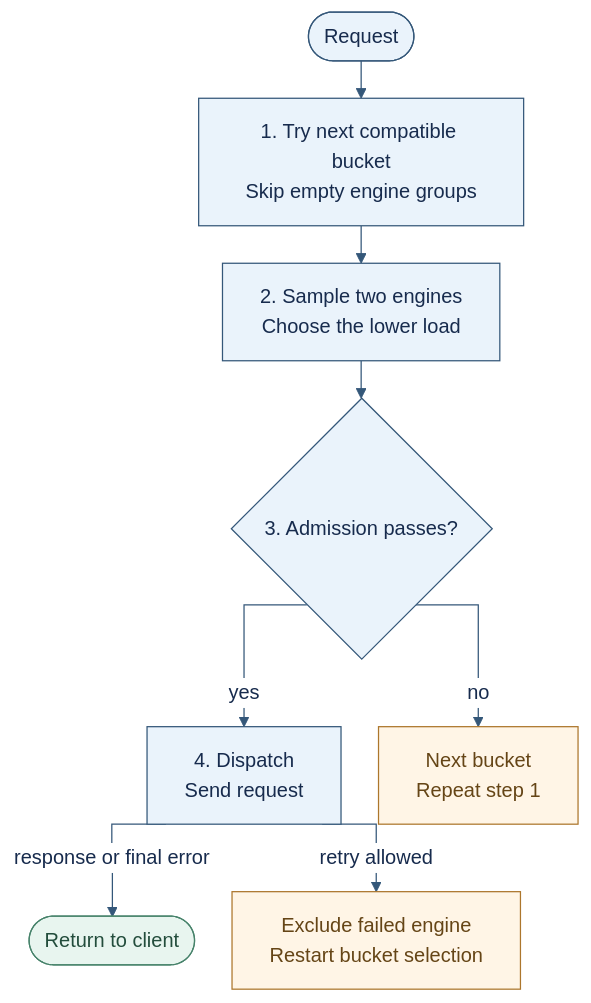
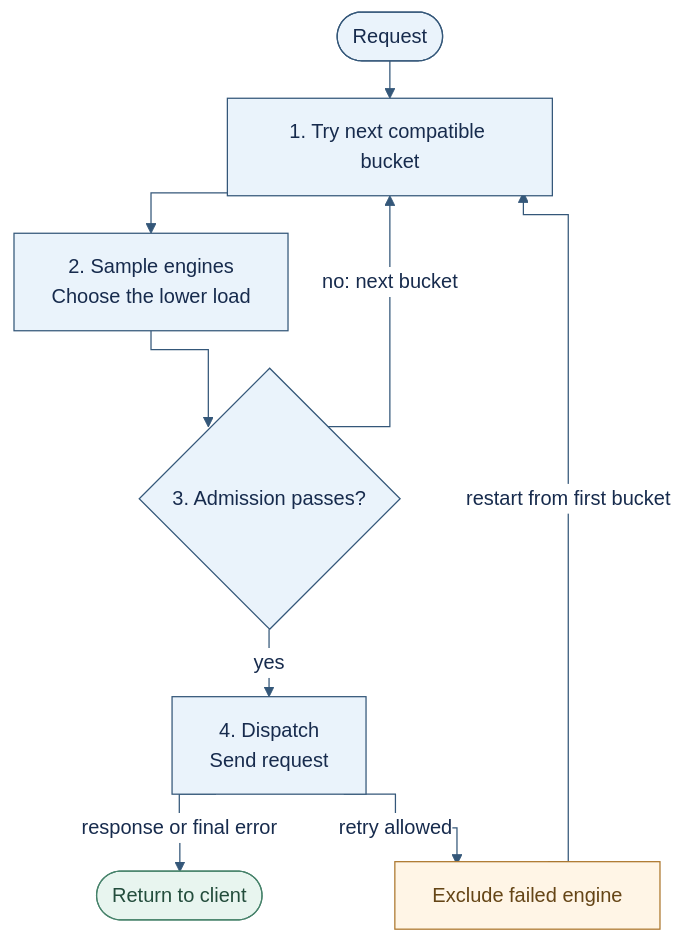
One commit to sgl-project/sglang changed the first of 3 diagrams in experimental/sgl-router/ARCHITECTURE.md. Above: the diagram before and after it, drawn with Mermaid. The commit also changed other lines of this file, not shown here.

````diff
--- a/experimental/sgl-router/ARCHITECTURE.md
+++ b/experimental/sgl-router/ARCHITECTURE.md
@@ -59,15 +49,16 @@
 ```mermaid
 %%{init: {"theme": "base", "themeVariables": {"primaryColor": "#eaf3fb", "primaryTextColor": "#172b4d", "primaryBorderColor": "#345779", "lineColor": "#345779", "edgeLabelBackground": "#ffffff"}, "flowchart": {"curve": "stepAfter", "rankSpacing": 30, "nodeSpacing": 30}}}%%
 flowchart TD
-    R([Request]) --> B["1. Try next compatible bucket<br/>Skip empty engine groups"]
-    B --> S["2. Sample two engines<br/>Choose the lower load"]
+    R([Request]) --> B["1. Try next compatible bucket"]
+    B --> S["2. Sample engines<br/>Choose the lower load"]
     S --> A{"3. Admission passes?"}
     A -->|yes| D["4. Dispatch<br/>Send request"]
     D -->|response or final error| E([Return to client])
-    A -->|no| N["Next bucket<br/>Repeat step 1"]
-    D -->|retry allowed| T["Exclude failed engine<br/>Restart bucket selection"]
+    A -->|no: next bucket| B
+    D -->|retry allowed| T["Exclude failed engine"]
+    T -->|restart from first bucket| B
     classDef next fill:#fff5e6,stroke:#ac762c,color:#654516;
     classDef done fill:#e8f5ef,stroke:#46826a,color:#234d3c;
-    class N,T next;
+    class T next;
     class E done;
 ```
````
